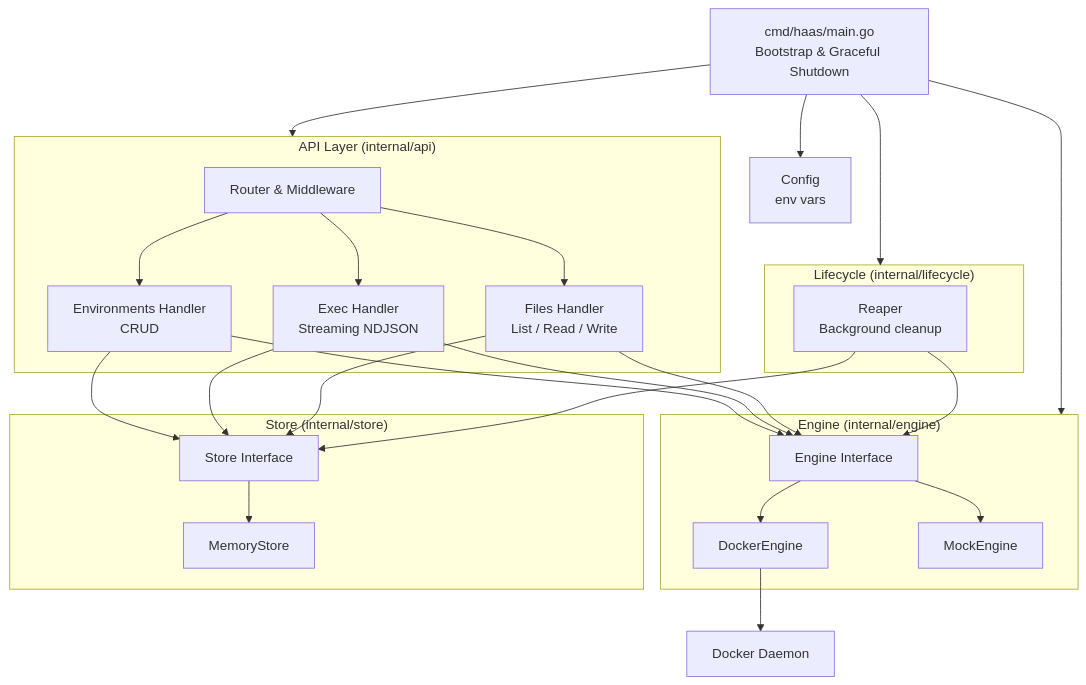
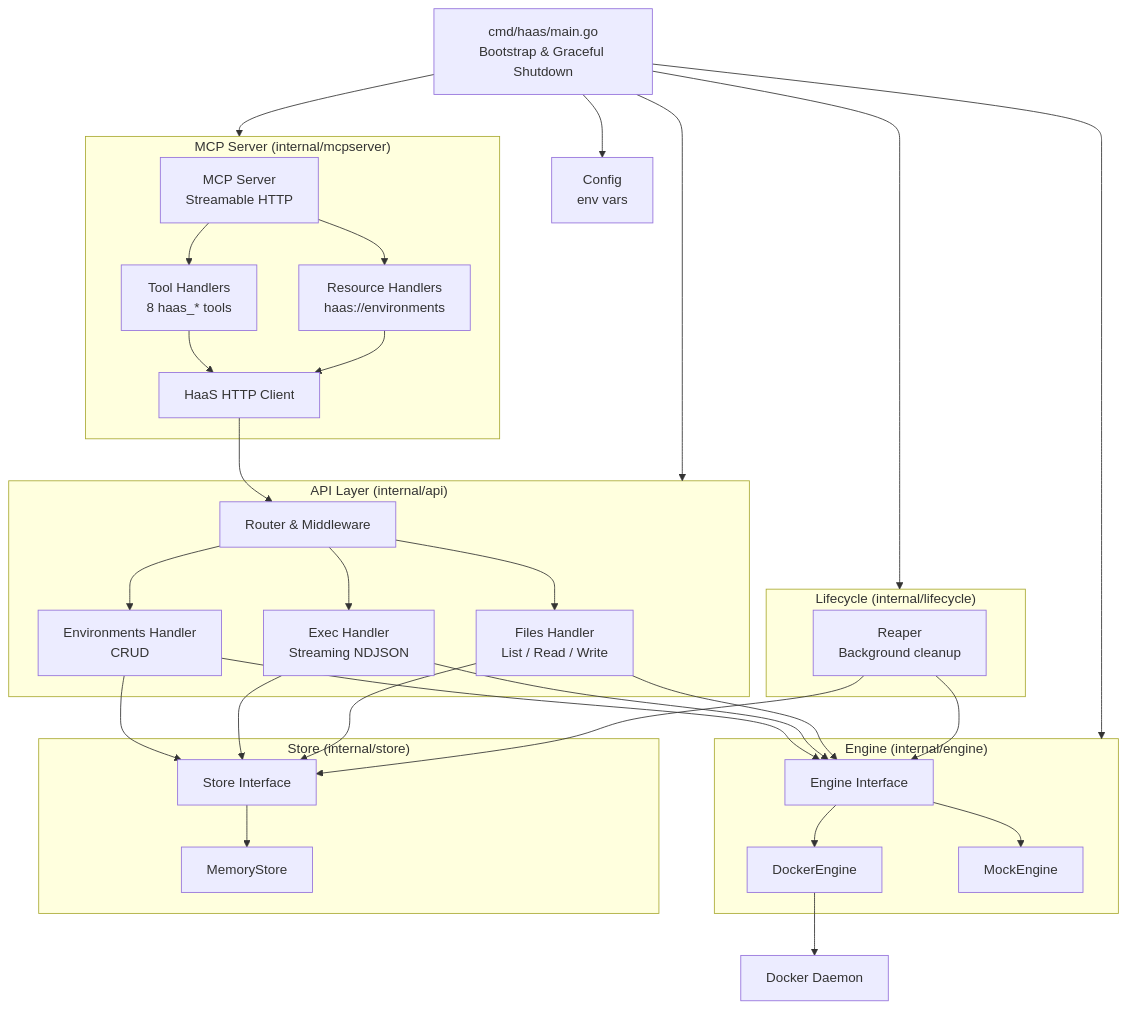
Before and after one commit to dacs30/Forge-Agent-Harness-API: the second of 4 diagrams in README.md, drawn with Mermaid. The commit also changed other lines of this file and 10 other files, not shown here.

First line of the commit message:
feat: add MCP server integration with HaaS REST API

````diff
--- a/README.md
+++ b/README.md
@@ -42,49 +45,62 @@
 ```mermaid
 graph TD
     Main["cmd/haas/main.go<br/>Bootstrap & Graceful Shutdown"]
 
     Main --> API
+    Main --> MCP
     Main --> Lifecycle
     Main --> Config
     Main --> Engine
 
     subgraph API["API Layer (internal/api)"]
         Router["Router & Middleware"]
         EnvH["Environments Handler<br/>CRUD"]
         ExecH["Exec Handler<br/>Streaming NDJSON"]
         FilesH["Files Handler<br/>List / Read / Write"]
         Router --> EnvH
         Router --> ExecH
         Router --> FilesH
+    end
+
+    subgraph MCP["MCP Server (internal/mcpserver)"]
+        MCPSrv["MCP Server<br/>Streamable HTTP"]
+        Tools["Tool Handlers<br/>8 haas_* tools"]
+        Resources["Resource Handlers<br/>haas://environments"]
+        MCPClient["HaaS HTTP Client"]
+        MCPSrv --> Tools
+        MCPSrv --> Resources
+        Tools --> MCPClient
+        Resources --> MCPClient
     end
 
     subgraph Lifecycle["Lifecycle (internal/lifecycle)"]
         Reaper["Reaper<br/>Background cleanup"]
     end
 
     subgraph Engine["Engine (internal/engine)"]
         EngineI["Engine Interface"]
         DockerE["DockerEngine"]
         MockE["MockEngine"]
         EngineI --> DockerE
         EngineI --> MockE
     end
 
     subgraph Store["Store (internal/store)"]
         StoreI["Store Interface"]
         MemStore["MemoryStore"]
         StoreI --> MemStore
     end
 
     Config["Config<br/>env vars"]
 
     EnvH --> StoreI
     EnvH --> EngineI
     ExecH --> StoreI
     ExecH --> EngineI
     FilesH --> StoreI
     FilesH --> EngineI
     Reaper --> StoreI
     Reaper --> EngineI
     DockerE --> DockerD["Docker Daemon"]
+    MCPClient --> Router
 ```
````
